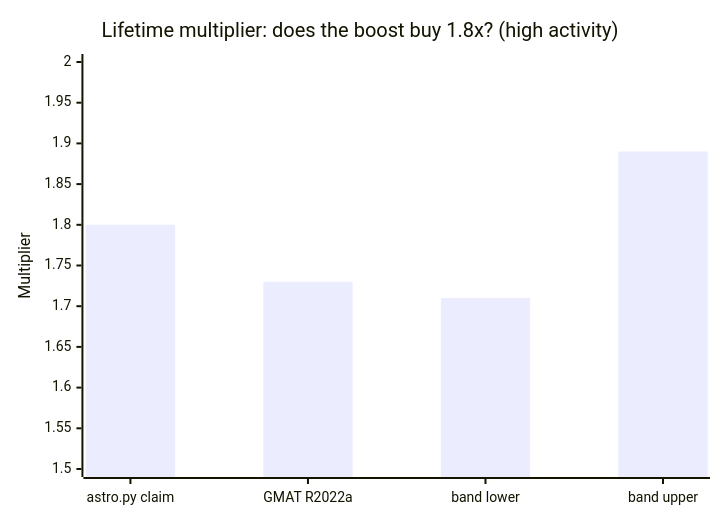
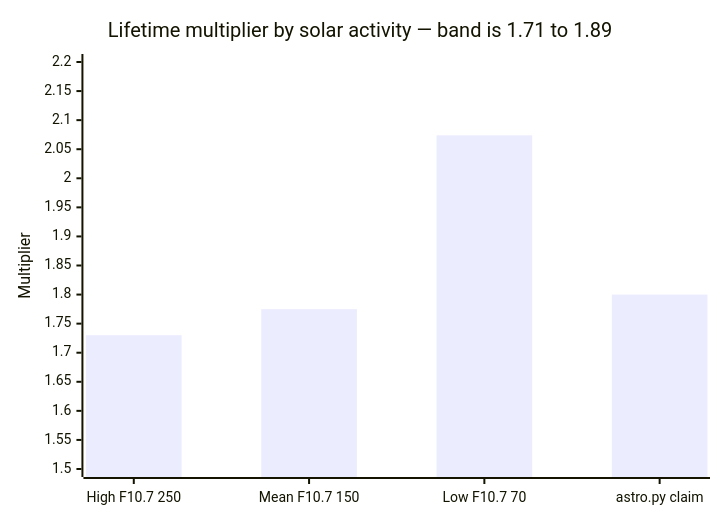
Before and after one commit to aaaaaaaaaaaavm/EMOCD: the tenth of 11 diagrams in RESULTS.md, drawn with Mermaid. The commit also changed other lines of this file and 9 other files, not shown here.

First line of the commit message:
validate(A5): GMAT falsifies the invariance claim the paper calls defensible

````diff
--- a/RESULTS.md
+++ b/RESULTS.md
@@ -236,7 +238,7 @@
 ```mermaid
 xychart-beta
-    title "Lifetime multiplier: does the boost buy 1.8x? (high activity)"
-    x-axis ["astro.py claim", "GMAT R2022a", "band lower", "band upper"]
-    y-axis "Multiplier" 1.5 --> 2.0
-    bar [1.80, 1.73, 1.71, 1.89]
+    title "Lifetime multiplier by solar activity — band is 1.71 to 1.89"
+    x-axis ["High F10.7 250", "Mean F10.7 150", "Low F10.7 70", "astro.py claim"]
+    y-axis "Multiplier" 1.5 --> 2.2
+    bar [1.7302, 1.7750, 2.0739, 1.80]
 ```
````
